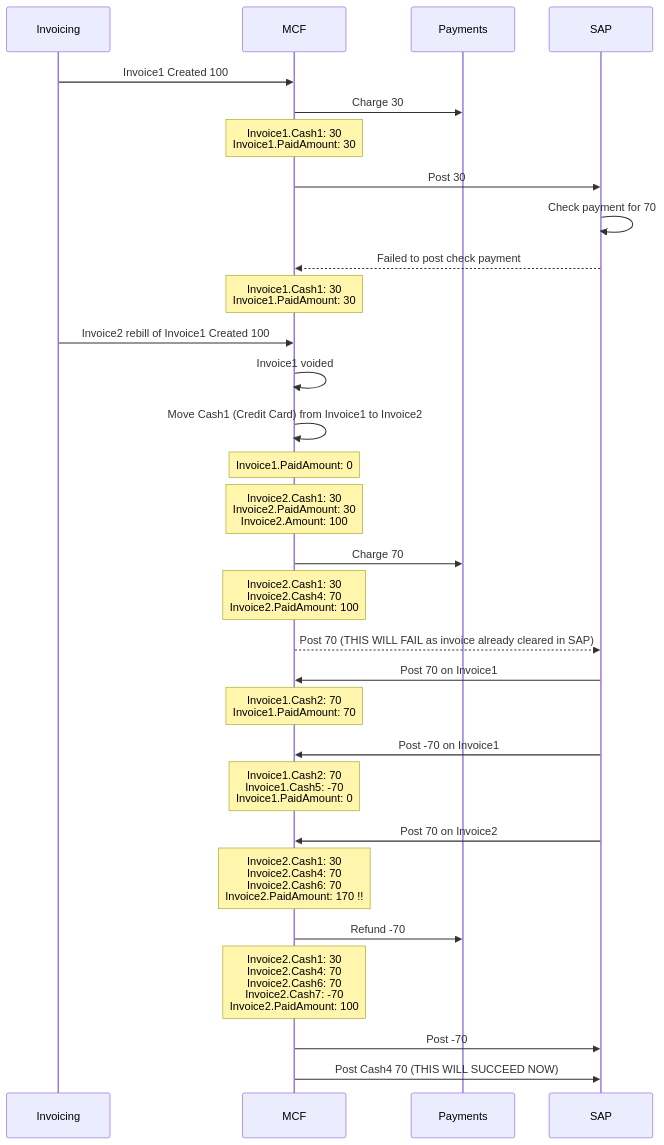
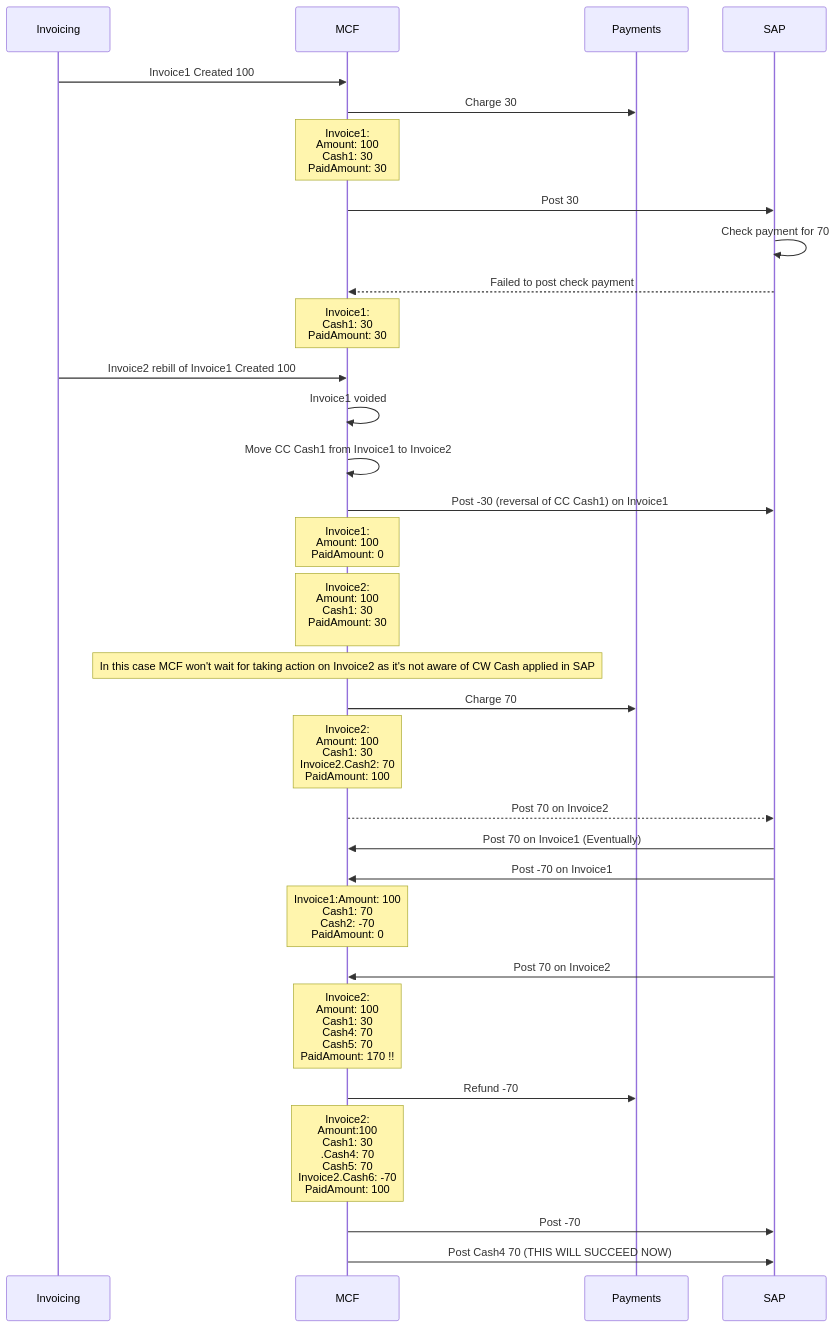
Before and after one commit to vikramsinha/test1: diagram 13 of 13 in MCF-SAP Scenarios.md, drawn with Mermaid. The commit also changed other lines of this file, not shown here.

Commit message:
Update MCF-SAP Scenarios.md

````diff
--- a/MCF-SAP Scenarios.md
+++ b/MCF-SAP Scenarios.md
@@ -277,34 +277,35 @@
 ```mermaid
 %%{init: {'theme': 'default'} }%%
 sequenceDiagram
     participant Invoicing
     participant MCF
     participant Payments
     participant SAP
     Invoicing->>MCF: Invoice1 Created 100
     MCF->>Payments: Charge 30
-    Note over MCF: Invoice1.Cash1: 30<br/>Invoice1.PaidAmount: 30
+    Note over MCF: Invoice1:<br/>Amount: 100<br/>Cash1: 30<br/>PaidAmount: 30
     MCF->>SAP: Post 30
     SAP->>SAP: Check payment for 70
     SAP-->>MCF: Failed to post check payment
-    Note over MCF: Invoice1.Cash1: 30<br/>Invoice1.PaidAmount: 30
+    Note over MCF: Invoice1:<br/>Cash1: 30<br/>PaidAmount: 30
     Invoicing->>MCF: Invoice2 rebill of Invoice1 Created 100
-    MCF->>MCF: Invoice1 voided
-    MCF->>MCF: Move Cash1 (Credit Card) from Invoice1 to Invoice2
-    Note over MCF: Invoice1.PaidAmount: 0
-    Note over MCF: Invoice2.Cash1: 30<br/>Invoice2.PaidAmount: 30<br/>Invoice2.Amount: 100
+    MCF->>MCF: Invoice1 voided    
+    MCF->>MCF: Move CC Cash1 from Invoice1 to Invoice2
+    MCF->>SAP: Post -30 (reversal of CC Cash1) on Invoice1
+    Note over MCF: Invoice1:<br/>Amount: 100<br/>PaidAmount: 0
+    Note over MCF: Invoice2:<br/>Amount: 100<br/>Cash1: 30<br/>PaidAmount: 30<br/>
+    Note over MCF: In this case MCF won't wait for taking action on Invoice2 as it's not aware of CW Cash applied in SAP
     MCF->>Payments: Charge 70
-    Note over MCF: Invoice2.Cash1: 30<br/>Invoice2.Cash4: 70<br/>Invoice2.PaidAmount: 100
-    MCF-->>SAP: Post 70 (THIS WILL FAIL as invoice already cleared in SAP)
-    SAP->>MCF: Post 70 on Invoice1
-    Note over MCF: Invoice1.Cash2: 70<br/>Invoice1.PaidAmount: 70
+    Note over MCF: Invoice2:<br/>Amount: 100<br/>Cash1: 30<br/>Invoice2.Cash2: 70<br/>PaidAmount: 100
+    MCF-->>SAP: Post 70 on Invoice2
+    SAP->>MCF: Post 70 on Invoice1 (Eventually)
     SAP->>MCF: Post -70 on Invoice1
-    Note over MCF: Invoice1.Cash2: 70<br/>Invoice1.Cash5: -70<br/>Invoice1.PaidAmount: 0
+    Note over MCF: Invoice1:Amount: 100<br/>Cash1: 70<br/>Cash2: -70<br/>PaidAmount: 0
     SAP->>MCF: Post 70 on Invoice2
-    Note over MCF: Invoice2.Cash1: 30<br/>Invoice2.Cash4: 70<br/>Invoice2.Cash6: 70<br/>Invoice2.PaidAmount: 170 !!
+    Note over MCF: Invoice2:<br/>Amount: 100<br/>Cash1: 30<br/>Cash4: 70<br/>Cash5: 70<br/>PaidAmount: 170 !!
     MCF->>Payments: Refund -70
-    Note over MCF: Invoice2.Cash1: 30<br/>Invoice2.Cash4: 70<br/>Invoice2.Cash6: 70<br/>Invoice2.Cash7: -70<br/>Invoice2.PaidAmount: 100
+    Note over MCF: Invoice2:<br/>Amount:100<br/>Cash1: 30<br/>.Cash4: 70<br/>Cash5: 70<br/>Invoice2.Cash6: -70<br/>PaidAmount: 100
     MCF->>SAP: Post -70
     MCF->>SAP: Post Cash4 70 (THIS WILL SUCCEED NOW)
     
 ```
````
